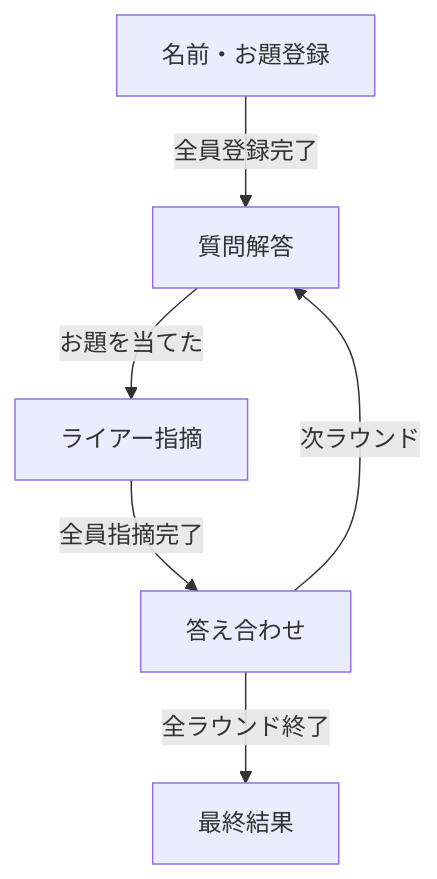
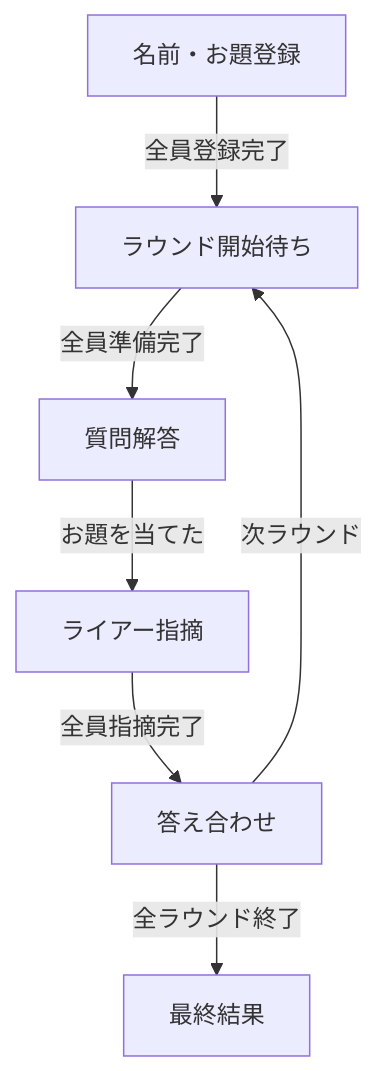
Before and after one commit to Freeesia/korenan: the diagram in memo.md, drawn with Mermaid. The commit also changed other lines of this file, not shown here.

Commit message:
シーン追加

````diff
--- a/memo.md
+++ b/memo.md
@@ -90,8 +93,9 @@
 ```mermaid
 graph TD
-  A[名前・お題登録] -->|全員登録完了| B[質問解答]
-  B -->|お題を当てた| C[ライアー指摘]
-  C -->|全員指摘完了| D[答え合わせ]
-  D -->|次ラウンド| B
-  D -->|全ラウンド終了| E[最終結果]
+  A[名前・お題登録] -->|全員登録完了| B[ラウンド開始待ち]
+  B -->|全員準備完了| C[質問解答]
+  C -->|お題を当てた| D[ライアー指摘]
+  D -->|全員指摘完了| E[答え合わせ]
+  E -->|次ラウンド| B
+  E -->|全ラウンド終了| F[最終結果]
 ```
````
